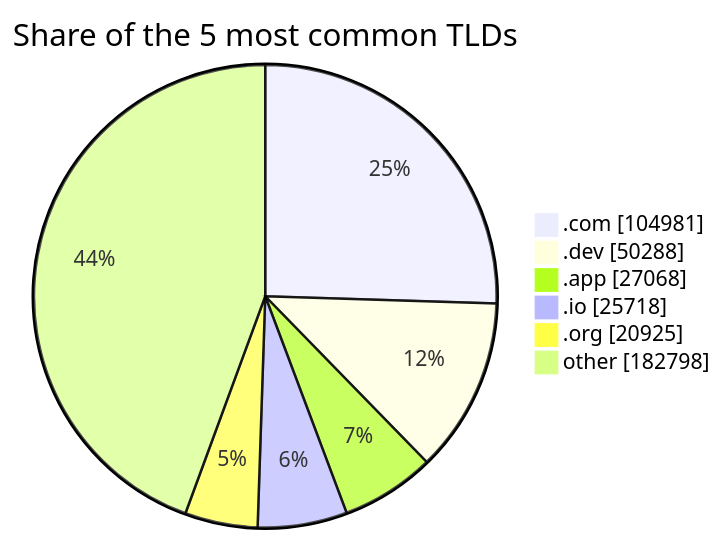
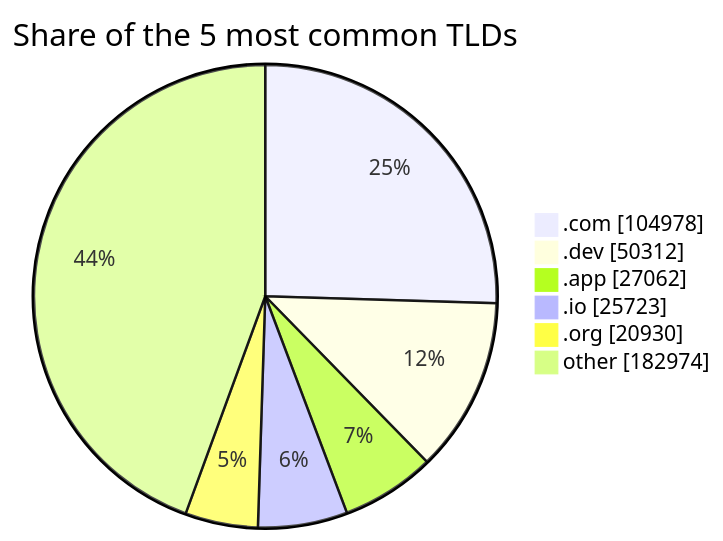
Before and after one commit to DNSBunker/CTI: the third of 3 diagrams in README.md, drawn with Mermaid. The commit also changed other lines of this file and 3 other files, not shown here.

````diff
--- a/README.md
+++ b/README.md
@@ -81,9 +81,9 @@
 ```mermaid
 pie showData title Share of the 5 most common TLDs
-    ".com" : 104981
-    ".dev" : 50288
-    ".app" : 27068
-    ".io" : 25718
-    ".org" : 20925
-    "other" : 182798
+    ".com" : 104978
+    ".dev" : 50312
+    ".app" : 27062
+    ".io" : 25723
+    ".org" : 20930
+    "other" : 182974
 ```
````
